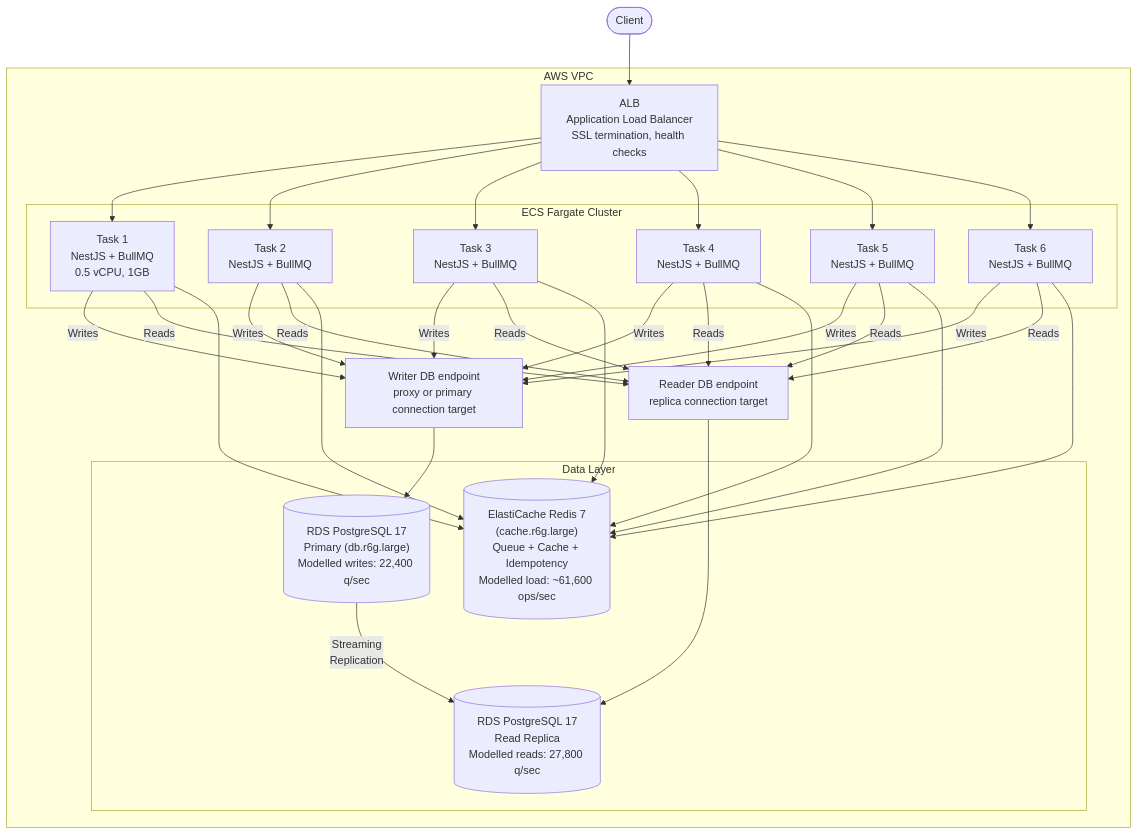
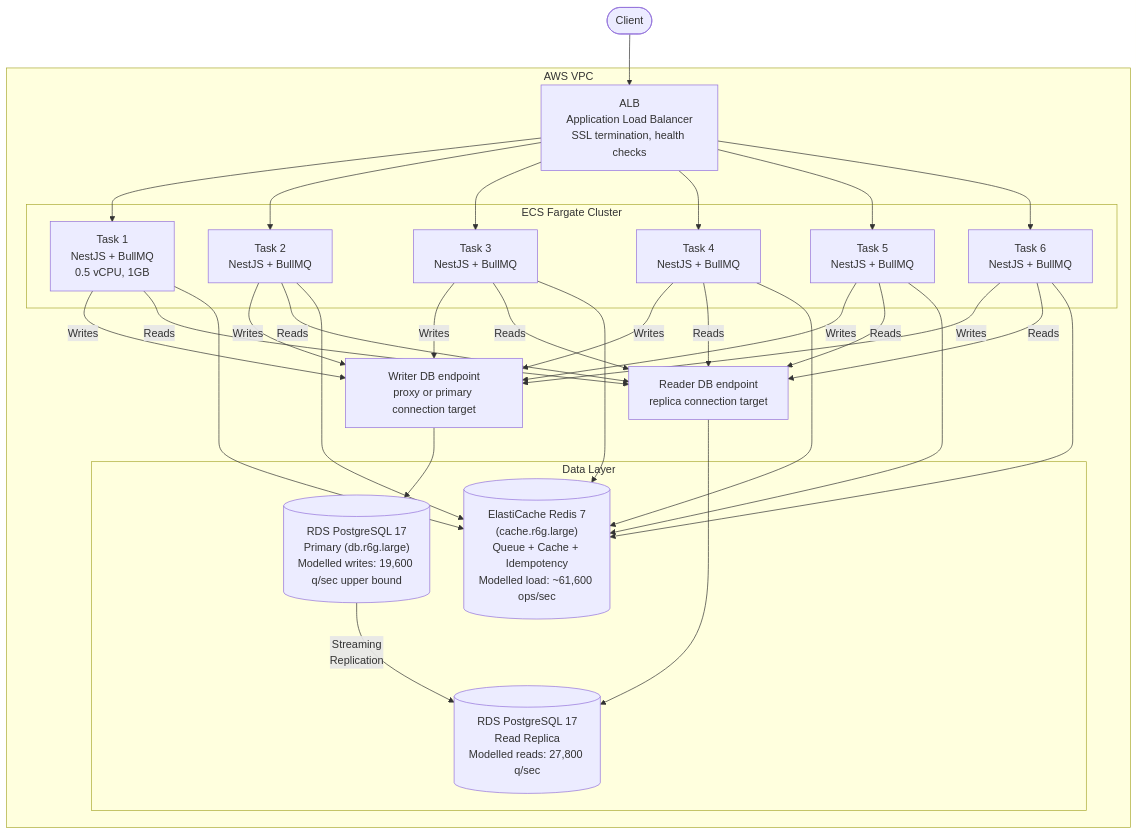
One commit to trongtrandp/Transaction-Ledger-System changed the first of 2 diagrams in docs/SYSTEM-DESIGN.md. Above: the diagram before and after it, drawn with Mermaid. The commit also changed other lines of this file and 22 other files, not shown here.

````diff
--- a/docs/SYSTEM-DESIGN.md
+++ b/docs/SYSTEM-DESIGN.md
@@ -216,35 +217,35 @@
 ```mermaid
 graph TD
     Client([Client])
 
     subgraph AWS["AWS VPC"]
         ALB["ALB<br/>Application Load Balancer<br/>SSL termination, health checks"]
 
         subgraph ECS["ECS Fargate Cluster"]
             T1["Task 1<br/>NestJS + BullMQ<br/>0.5 vCPU, 1GB"]
             T2["Task 2<br/>NestJS + BullMQ"]
             T3["Task 3<br/>NestJS + BullMQ"]
             T4["Task 4<br/>NestJS + BullMQ"]
             T5["Task 5<br/>NestJS + BullMQ"]
             T6["Task 6<br/>NestJS + BullMQ"]
         end
 
         DB_W["Writer DB endpoint<br/>proxy or primary connection target"]
         DB_R["Reader DB endpoint<br/>replica connection target"]
 
         subgraph Data["Data Layer"]
-            PG_Primary[("RDS PostgreSQL 17<br/>Primary (db.r6g.large)<br/>Modelled writes: 22,400 q/sec")]
+            PG_Primary[("RDS PostgreSQL 17<br/>Primary (db.r6g.large)<br/>Modelled writes: 19,600 q/sec upper bound")]
             PG_Replica[("RDS PostgreSQL 17<br/>Read Replica<br/>Modelled reads: 27,800 q/sec")]
             Redis[("ElastiCache Redis 7<br/>(cache.r6g.large)<br/>Queue + Cache + Idempotency<br/>Modelled load: ~61,600 ops/sec")]
         end
     end
 
     Client --> ALB
     ALB --> T1 & T2 & T3 & T4 & T5 & T6
     T1 & T2 & T3 & T4 & T5 & T6 -->|"Writes"| DB_W
     T1 & T2 & T3 & T4 & T5 & T6 -->|"Reads"| DB_R
     T1 & T2 & T3 & T4 & T5 & T6 --> Redis
     DB_W --> PG_Primary
     DB_R --> PG_Replica
     PG_Primary -->|"Streaming<br/>Replication"| PG_Replica
 ```
````
